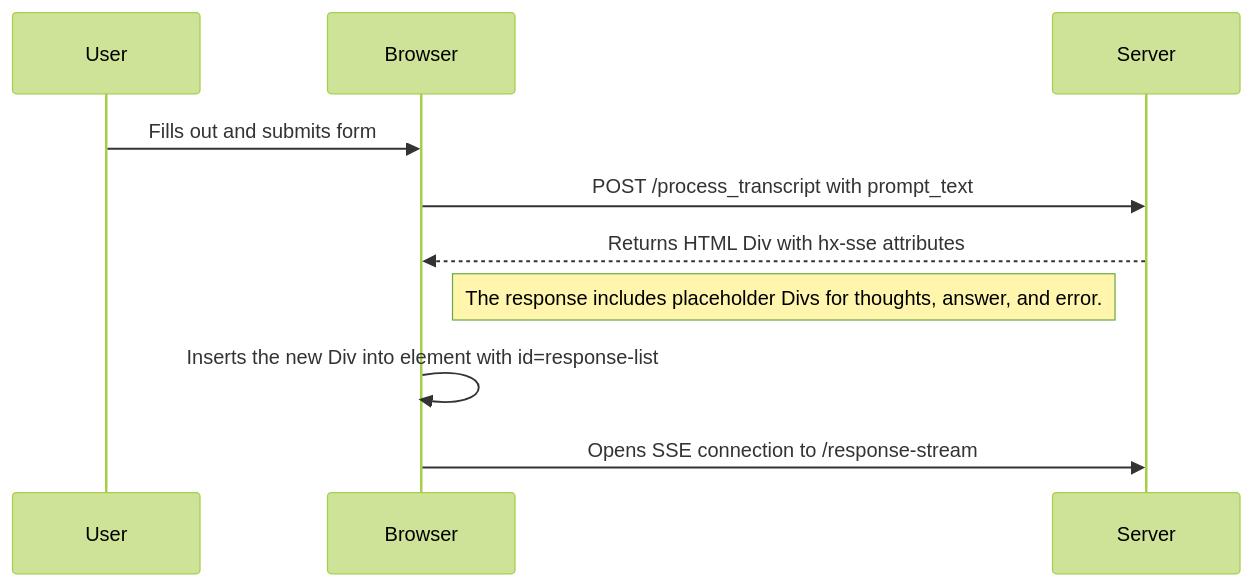
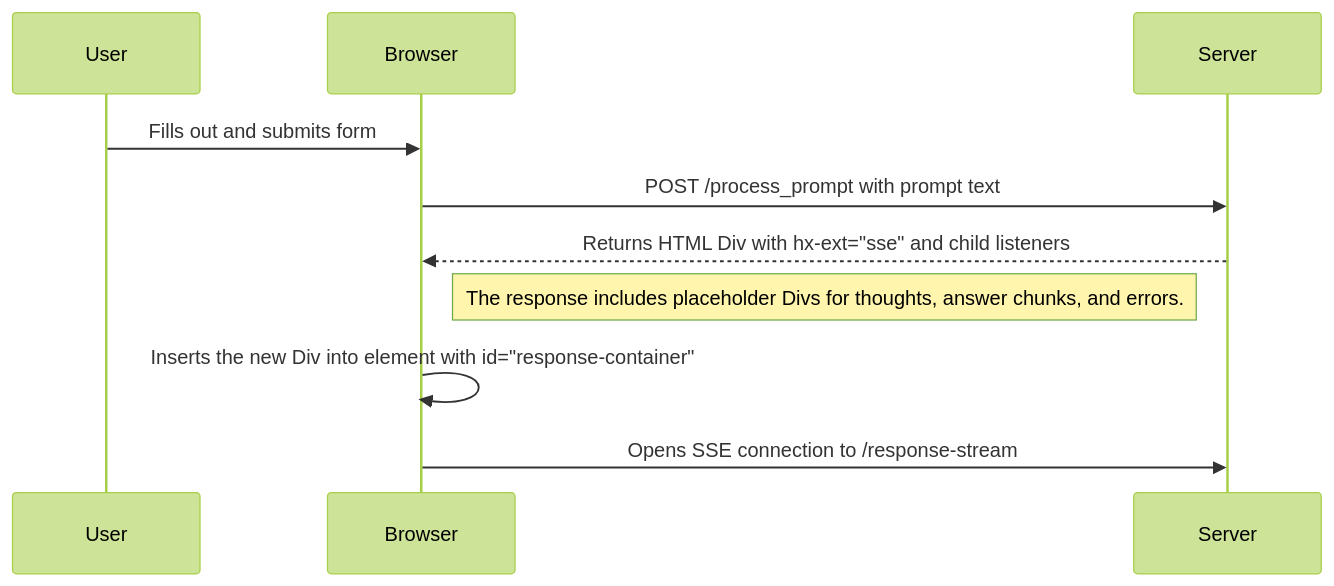
One commit to plops/cl-py-generator changed the first of 2 diagrams in example/165_fasthtml_sse_genai/README.md. Above: the diagram before and after it, drawn with Mermaid (forest theme). The commit also changed other lines of this file, not shown here.

````diff
--- a/example/165_fasthtml_sse_genai/README.md
+++ b/example/165_fasthtml_sse_genai/README.md
@@ -223,13 +179,13 @@
 ```mermaid
 sequenceDiagram
     participant User
     participant Browser
     participant Server
 
     User->>Browser: Fills out and submits form
-    Browser->>Server: POST /process_transcript with prompt_text
-    Server-->>Browser: Returns HTML Div with hx-sse attributes
-    Note right of Browser: The response includes placeholder Divs for thoughts, answer, and error.
-    Browser->>Browser: Inserts the new Div into element with id=response-list
+    Browser->>Server: POST /process_prompt with prompt text
+    Server-->>Browser: Returns HTML Div with hx-ext="sse" and child listeners
+    Note right of Browser: The response includes placeholder Divs for thoughts, answer chunks, and errors.
+    Browser->>Browser: Inserts the new Div into element with id="response-container"
     Browser->>Server: Opens SSE connection to /response-stream
 ```
````
